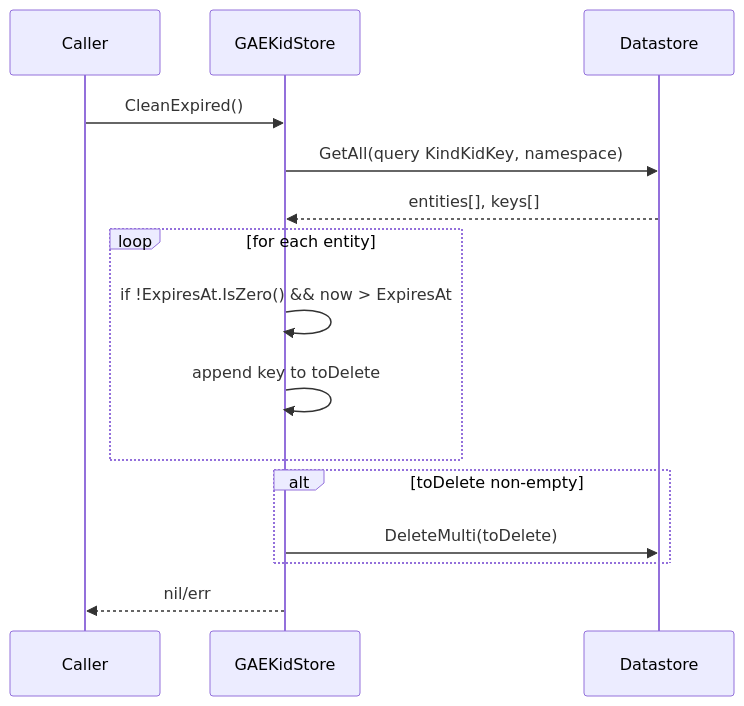
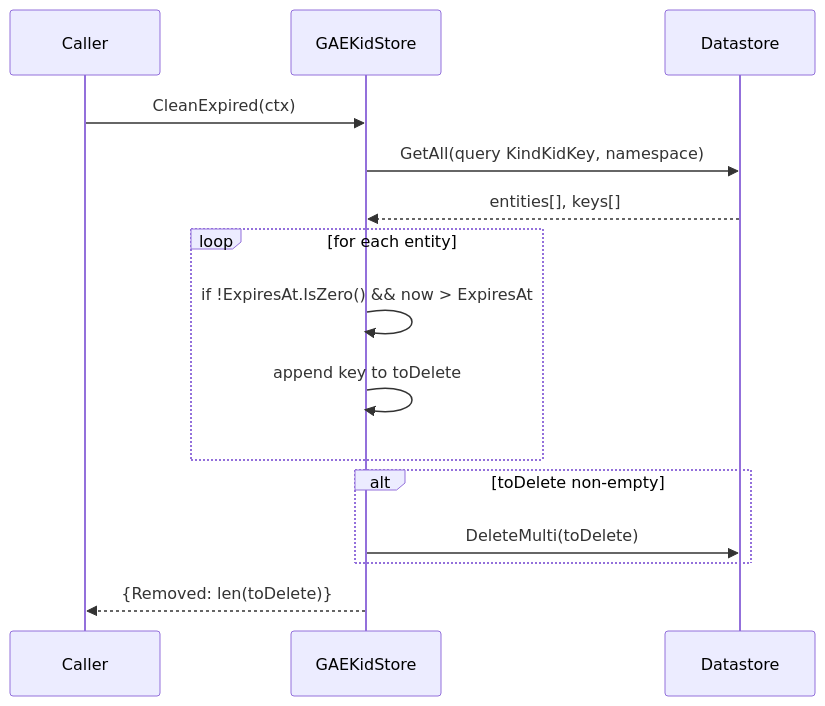
One commit to panyam/oneauth changed the third of 4 diagrams in stores/gae/DESIGN.md. Above: the diagram before and after it, drawn with Mermaid. The commit also changed other lines of this file and 38 other files, not shown here.

````diff
--- a/stores/gae/DESIGN.md
+++ b/stores/gae/DESIGN.md
@@ -112,18 +112,18 @@
 ```mermaid
 sequenceDiagram
     participant Caller
     participant KS as GAEKidStore
     participant DS as Datastore
 
-    Caller->>KS: CleanExpired()
+    Caller->>KS: CleanExpired(ctx)
     KS->>DS: GetAll(query KindKidKey, namespace)
     DS-->>KS: entities[], keys[]
     loop for each entity
         KS->>KS: if !ExpiresAt.IsZero() && now > ExpiresAt
         KS->>KS:   append key to toDelete
     end
     alt toDelete non-empty
         KS->>DS: DeleteMulti(toDelete)
     end
-    KS-->>Caller: nil/err
+    KS-->>Caller: {Removed: len(toDelete)}
 ```
````
